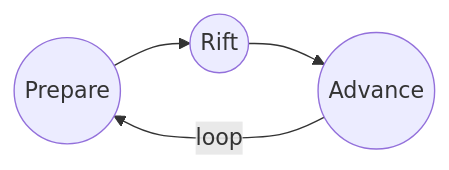
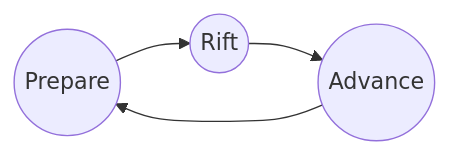
Before and after one commit to Wanderers-Of-The-Rift/wotr-docs: the first of 2 diagrams in website/docs/design/GameDesignDocument.mdx, drawn with Mermaid.

Commit message:
style: Core Loop Style Change feat: n/a refactor: n/a fix: n/a

````diff
--- a/website/docs/design/GameDesignDocument.mdx
+++ b/website/docs/design/GameDesignDocument.mdx
@@ -68,6 +68,6 @@
 ```mermaid
 flowchart LR
-    A((Prepare)) --> B((Rift)) --> C((Advance))
-    C -->|loop| A
-
+    classDef sameSize width:100px,height:100px,text-align:center;
+    A((Prepare)):::sameSize --> B((Rift)):::sameSize --> C((Advance)):::sameSize
+    C --> A
 ```
````
